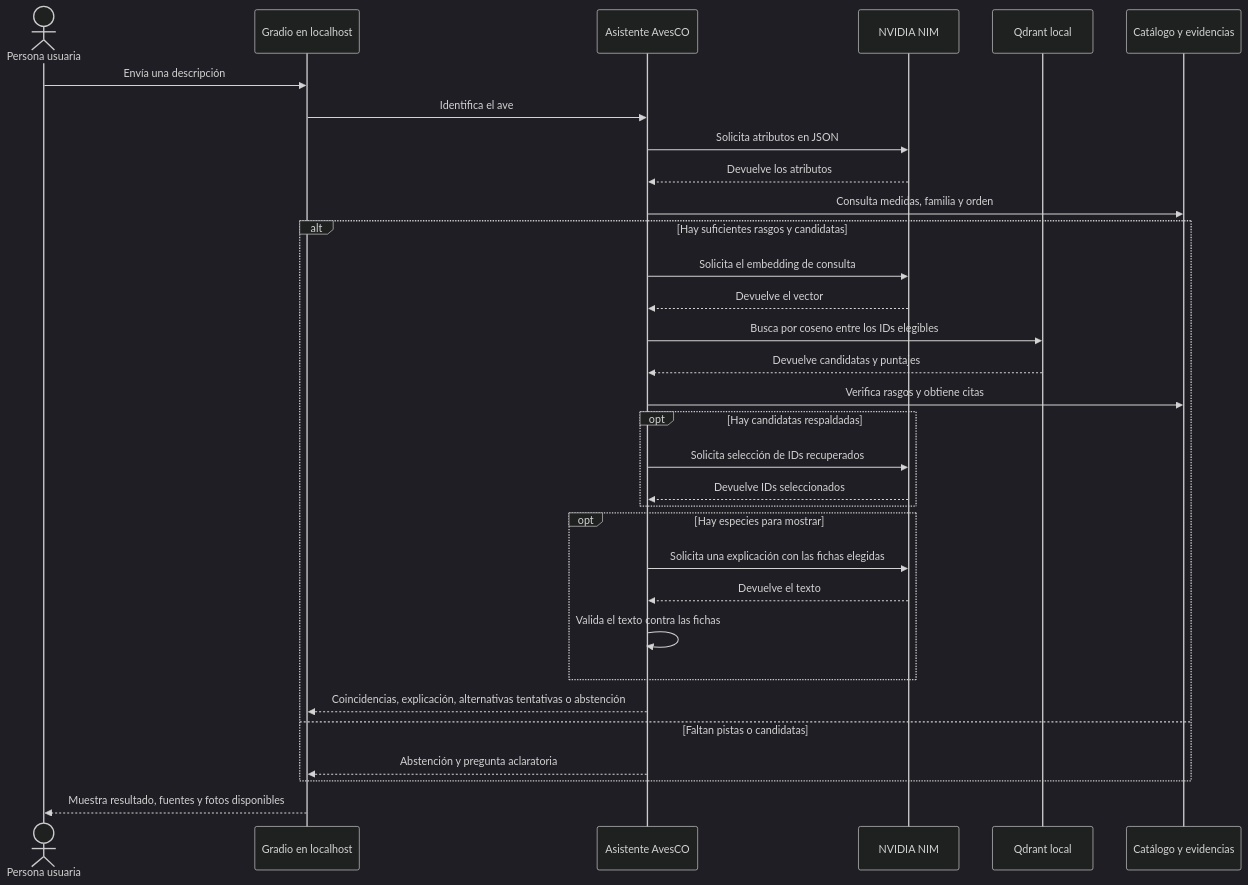
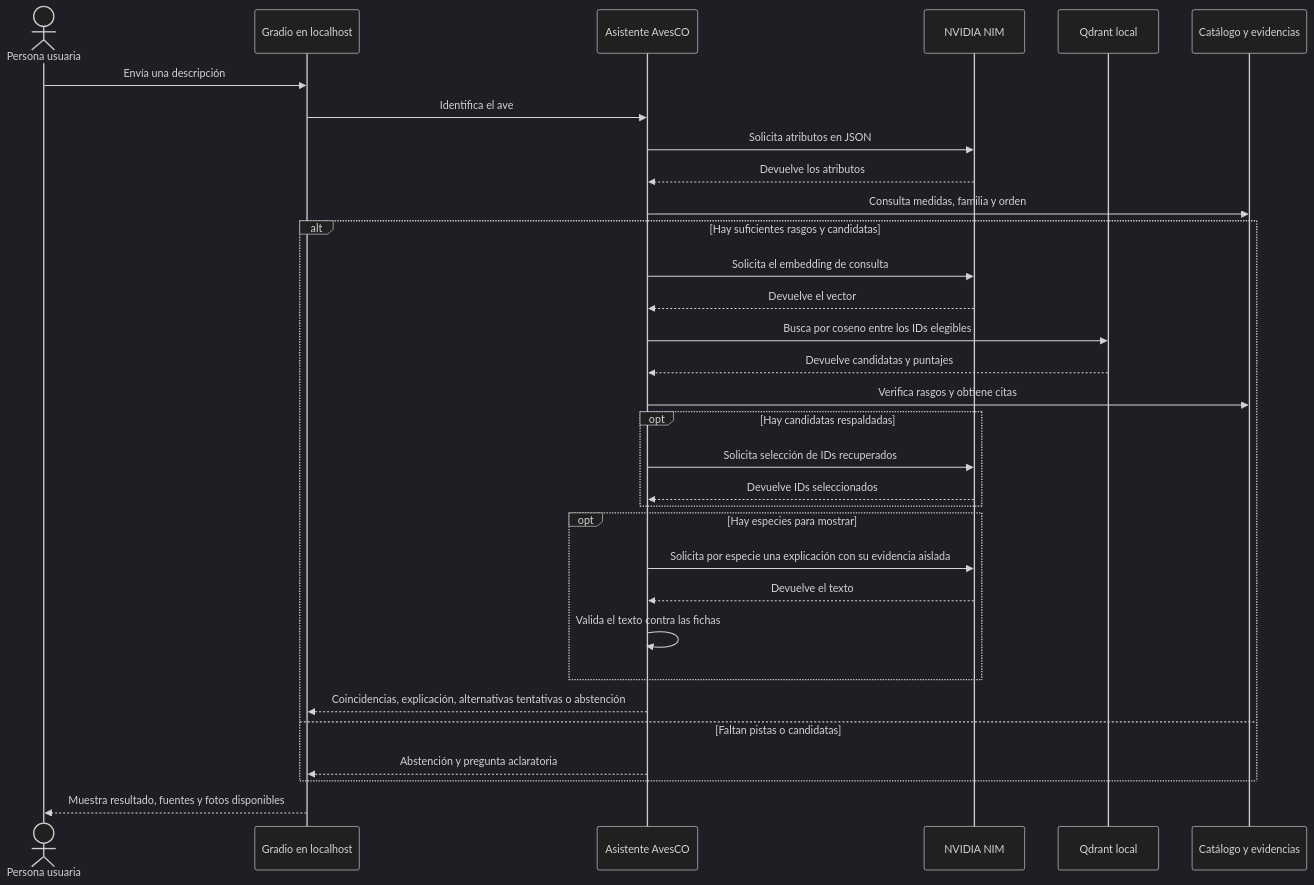
The second of 2 diagrams in README.md (JulianJ07/RAG_Detector_Ave), drawn with Mermaid (dark theme) before and after one commit. The commit also changed other lines of this file and 7 other files, not shown here.

Commit message:
Mejora explicaciones por especie y valida consultas ambiguas

````diff
--- a/README.md
+++ b/README.md
@@ -74,34 +74,34 @@
 ```mermaid
 sequenceDiagram
     actor U as Persona usuaria
     participant W as Gradio en localhost
     participant A as Asistente AvesCO
     participant M as NVIDIA NIM
     participant Q as Qdrant local
     participant C as Catálogo y evidencias
     U->>W: Envía una descripción
     W->>A: Identifica el ave
     A->>M: Solicita atributos en JSON
     M-->>A: Devuelve los atributos
     A->>C: Consulta medidas, familia y orden
     alt Hay suficientes rasgos y candidatas
         A->>M: Solicita el embedding de consulta
         M-->>A: Devuelve el vector
         A->>Q: Busca por coseno entre los IDs elegibles
         Q-->>A: Devuelve candidatas y puntajes
         A->>C: Verifica rasgos y obtiene citas
         opt Hay candidatas respaldadas
             A->>M: Solicita selección de IDs recuperados
             M-->>A: Devuelve IDs seleccionados
         end
         opt Hay especies para mostrar
-            A->>M: Solicita una explicación con las fichas elegidas
+            A->>M: Solicita por especie una explicación con su evidencia aislada
             M-->>A: Devuelve el texto
             A->>A: Valida el texto contra las fichas
         end
         A-->>W: Coincidencias, explicación, alternativas tentativas o abstención
     else Faltan pistas o candidatas
         A-->>W: Abstención y pregunta aclaratoria
     end
     W-->>U: Muestra resultado, fuentes y fotos disponibles
 ```
````
